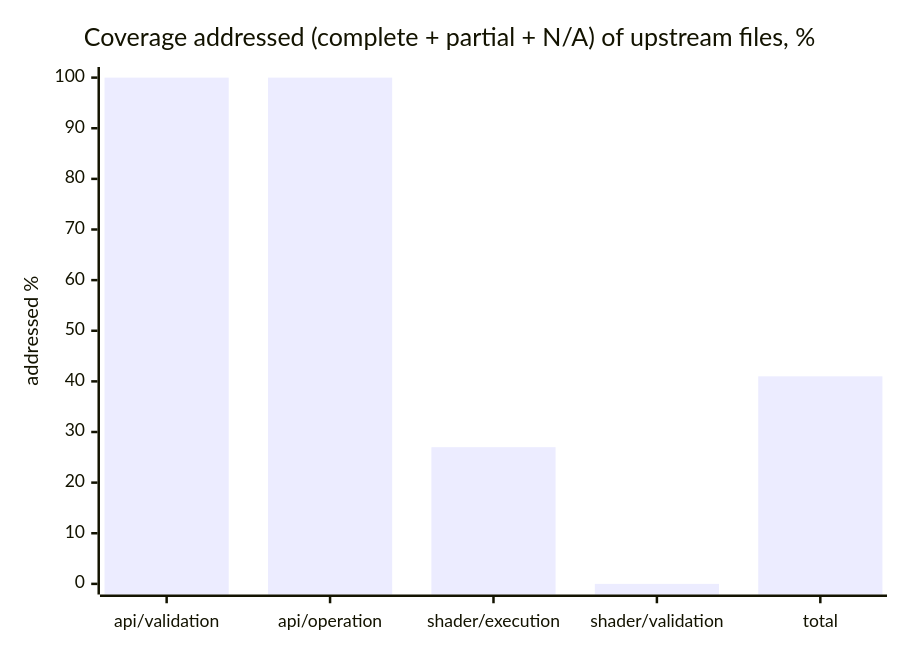
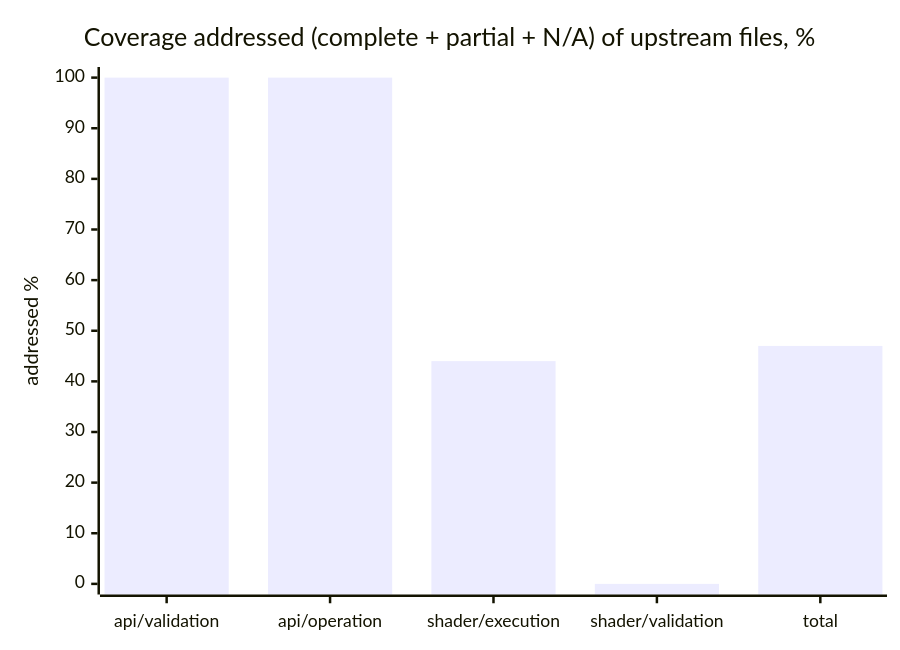
The second of 2 diagrams in README.md (infosia/webgpu-native-cts), drawn with Mermaid before and after one commit. The commit also changed other lines of this file and 1 other file, not shown here.

````diff
--- a/README.md
+++ b/README.md
@@ -118,7 +123,7 @@
 ```mermaid
 xychart-beta
     title "Coverage addressed (complete + partial + N/A) of upstream files, %"
     x-axis ["api/validation", "api/operation", "shader/execution", "shader/validation", "total"]
     y-axis "addressed %" 0 --> 100
-    bar [100, 100, 27, 0, 41]
+    bar [100, 100, 44, 0, 47]
 ```
````
